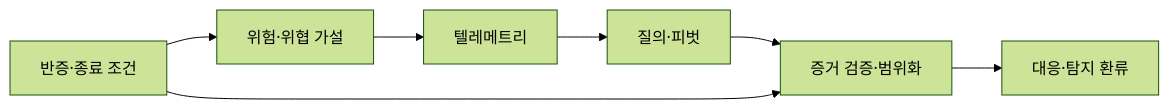
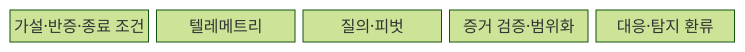
The first of 2 diagrams in src/content/docs/notes/05-security/030_threat_hunting.md (agnusdei1207/knowledge-base), drawn with Mermaid (forest theme) before and after one commit. The commit also changed other lines of this file and 11 other files, not shown here.

````diff
--- a/src/content/docs/notes/05-security/030_threat_hunting.md
+++ b/src/content/docs/notes/05-security/030_threat_hunting.md
@@ -58,9 +59,9 @@
 ```mermaid
-flowchart LR
-    A[위험·위협 가설] --> B[텔레메트리]
-    B --> C[질의·피벗]
-    C --> D[증거 검증·범위화]
-    D --> E[대응·탐지 환류]
-    F[반증·종료 조건] --> A
-    F --> D
+block-beta
+    columns 5
+    A["가설·반증·종료 조건"]
+    B["텔레메트리"]
+    C["질의·피벗"]
+    D["증거 검증·범위화"]
+    E["대응·탐지 환류"]
 ```
````
